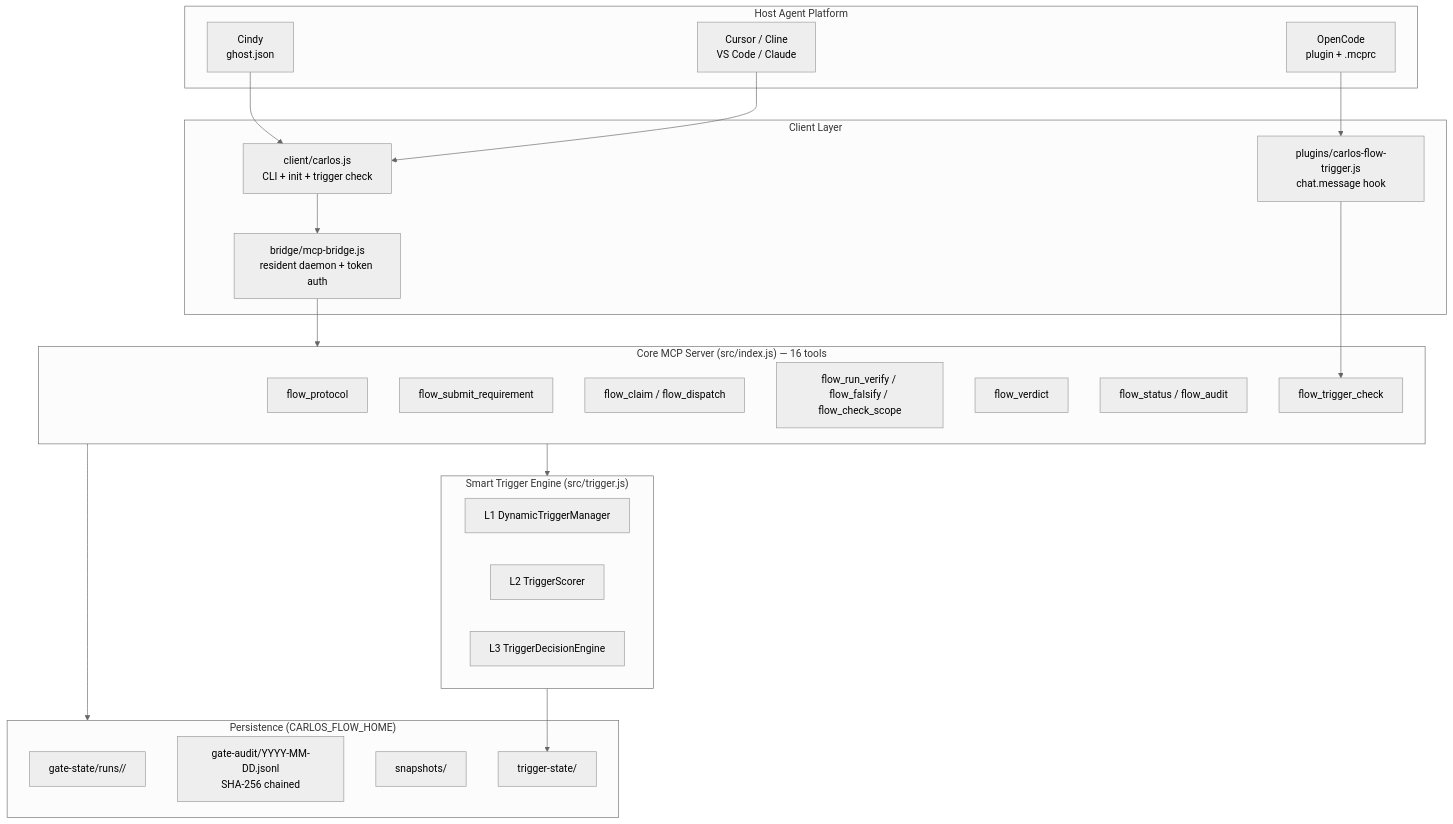
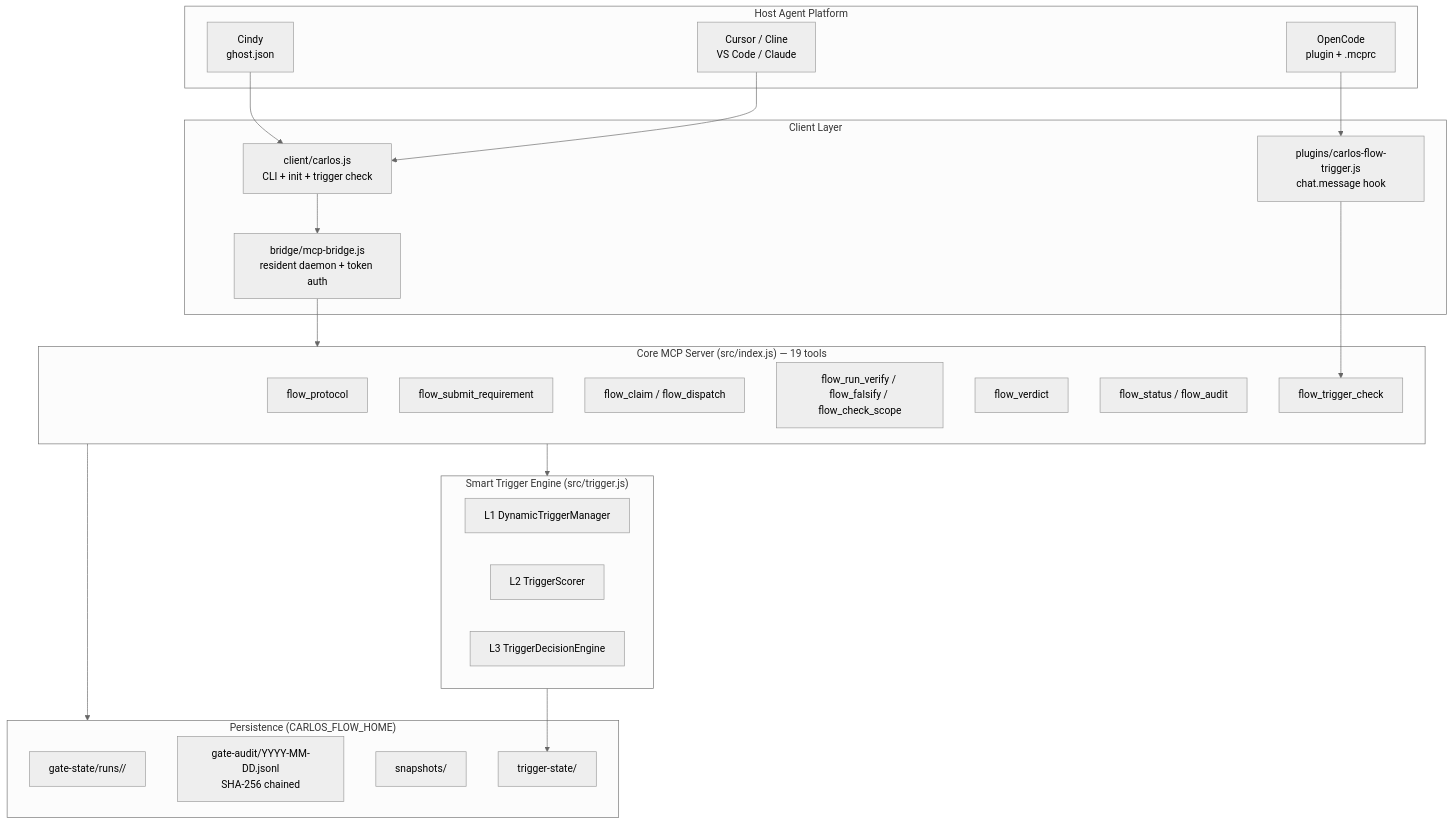
The diagram in README.en.md (skyer-now/carlos-flow), drawn with Mermaid (neutral theme) before and after one commit. The commit also changed other lines of this file and 15 other files, not shown here.

````diff
--- a/README.en.md
+++ b/README.en.md
@@ -107,47 +107,47 @@
 ```mermaid
 flowchart TB
     subgraph Host["Host Agent Platform"]
         Cindy[Cindy<br/>ghost.json]
         OpenCode[OpenCode<br/>plugin + .mcprc]
         Cursor[Cursor / Cline<br/>VS Code / Claude]
     end
 
     subgraph Client["Client Layer"]
         CLI["client/carlos.js<br/>CLI + init + trigger check"]
         Bridge["bridge/mcp-bridge.js<br/>resident daemon + token auth"]
         Plugin["plugins/carlos-flow-trigger.js<br/>chat.message hook"]
     end
 
-    subgraph Core["Core MCP Server (src/index.js) — 16 tools"]
+    subgraph Core["Core MCP Server (src/index.js) — 19 tools"]
         Protocol["flow_protocol"]
         Submit["flow_submit_requirement"]
         Dispatch["flow_claim / flow_dispatch"]
         Verify["flow_run_verify / flow_falsify / flow_check_scope"]
         Verdict["flow_verdict"]
         Audit["flow_status / flow_audit"]
         Trigger["flow_trigger_check"]
     end
 
     subgraph Engine["Smart Trigger Engine (src/trigger.js)"]
         L1["L1 DynamicTriggerManager"]
         L2["L2 TriggerScorer"]
         L3["L3 TriggerDecisionEngine"]
     end
 
     subgraph Storage["Persistence (CARLOS_FLOW_HOME)"]
         State["gate-state/runs/<sid>/"]
         AuditLog["gate-audit/YYYY-MM-DD.jsonl<br/>SHA-256 chained"]
         Snap["snapshots/"]
         TrigState["trigger-state/"]
     end
 
     Cindy --> CLI
     OpenCode --> Plugin
     Cursor --> CLI
     Plugin --> Trigger
     CLI --> Bridge
     Bridge --> Core
     Core --> Engine
     Core --> Storage
     Engine --> TrigState
 ```
````
